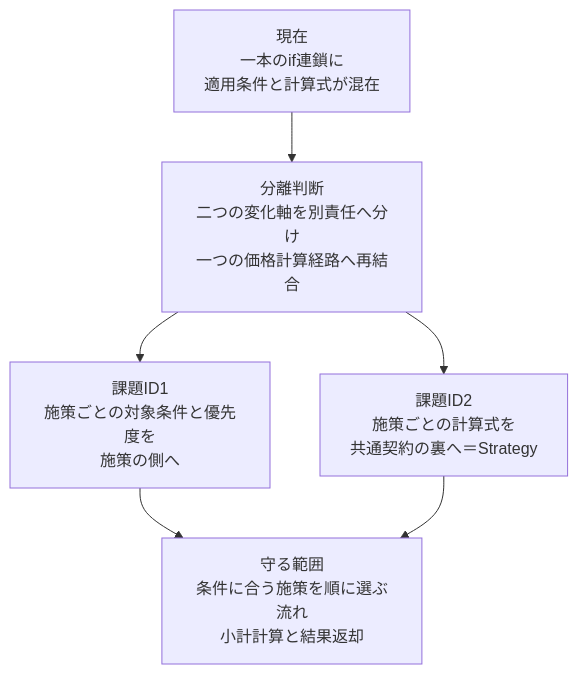
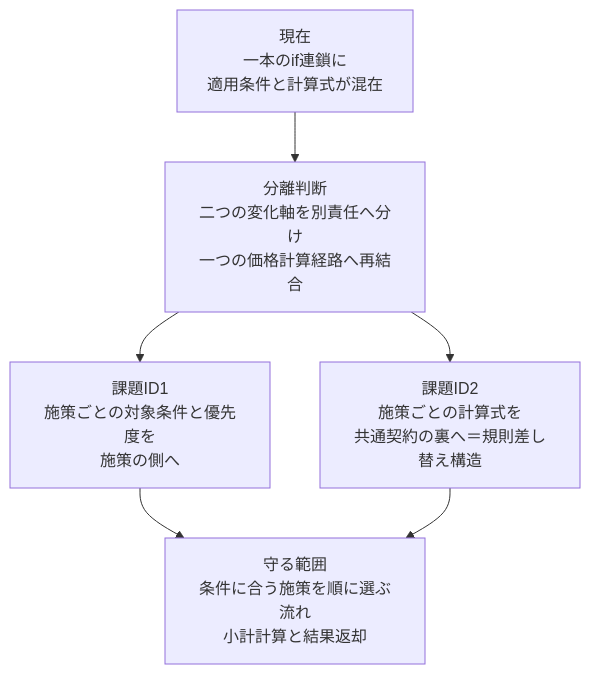
One commit to kumachan1101-pixel/DesignPattern changed the seventh of 17 diagrams in kindle/design-patterns/output/chapter01.md. Above: the diagram before and after it, drawn with Mermaid. The commit also changed other lines of this file and 24 other files, not shown here.

Commit message:
docs: 問題から導く構成とクラス図説明を整合

````diff
--- a/kindle/design-patterns/output/chapter01.md
+++ b/kindle/design-patterns/output/chapter01.md
@@ -1371,8 +1371,8 @@
 ```mermaid
 flowchart TB
     A[現在<br/>一本のif連鎖に<br/>適用条件と計算式が混在] --> B[分離判断<br/>二つの変化軸を別責任へ分け<br/>一つの価格計算経路へ再結合]
     B --> C[課題ID1<br/>施策ごとの対象条件と優先度を<br/>施策の側へ]
-    B --> D[課題ID2<br/>施策ごとの計算式を<br/>共通契約の裏へ＝Strategy]
+    B --> D[課題ID2<br/>施策ごとの計算式を<br/>共通契約の裏へ＝規則差し替え構造]
     C --> E[守る範囲<br/>条件に合う施策を順に選ぶ流れ<br/>小計計算と結果返却]
     D --> E
 ```
````
